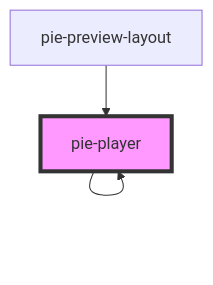
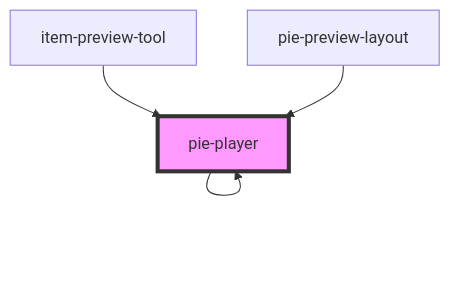
One commit to pie-framework/pie-player-components changed the diagram in docs/components/pie-player/readme.md. Above: the diagram before and after it, drawn with Mermaid. The commit also changed other lines of this file and 7 other files, not shown here.

Commit message:
feat: add item-preview-tool for runtime checking of js/json

````diff
--- a/docs/components/pie-player/readme.md
+++ b/docs/components/pie-player/readme.md
@@ -68,6 +70,7 @@
 ```mermaid
 graph TD;
   pie-player --> pie-player
+  item-preview-tool --> pie-player
   pie-preview-layout --> pie-player
   style pie-player fill:#f9f,stroke:#333,stroke-width:4px
 ```
````
